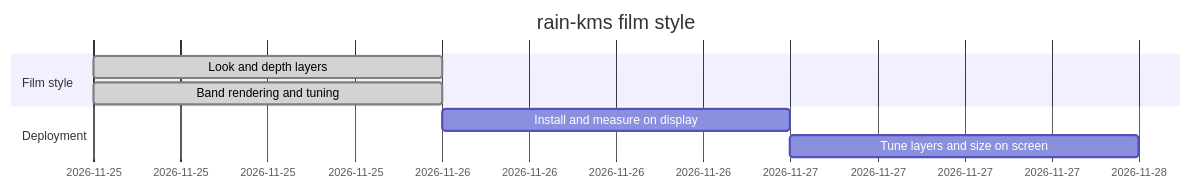
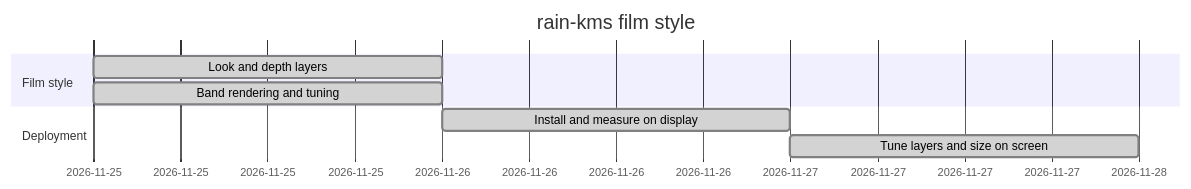
The diagram in ROADMAP/2026-11-25/film-style.md (jgermade/rain-kms), drawn with Mermaid before and after one commit. The commit also changed 2 other files, not shown here.

Commit message:
Record measurements of the installed film style
Running as the kiosk service with --layers 3 --max-size 40 --density 1
--speed-spread 4 --colors monokai: RSS 4.6 MB (23 MB peak at start-up),
25-26 % of one core at 30 FPS, no restarts. README footprint table
updated; film-style record closed; roadmap milestones marked done.

````diff
--- a/ROADMAP/2026-11-25/film-style.md
+++ b/ROADMAP/2026-11-25/film-style.md
@@ -22,11 +22,11 @@
 ```mermaid
 gantt
     title rain-kms film style
     dateFormat YYYY-MM-DD
     section Film style
     Look and depth layers           :done, f1, 2026-11-25, 1d
     Band rendering and tuning       :done, f2, 2026-11-25, 1d
     section Deployment
-    Install and measure on display  :f3, after f2, 1d
-    Tune layers and size on screen  :f4, after f3, 1d
+    Install and measure on display  :done, f3, after f2, 1d
+    Tune layers and size on screen  :done, f4, after f3, 1d
 ```
````
